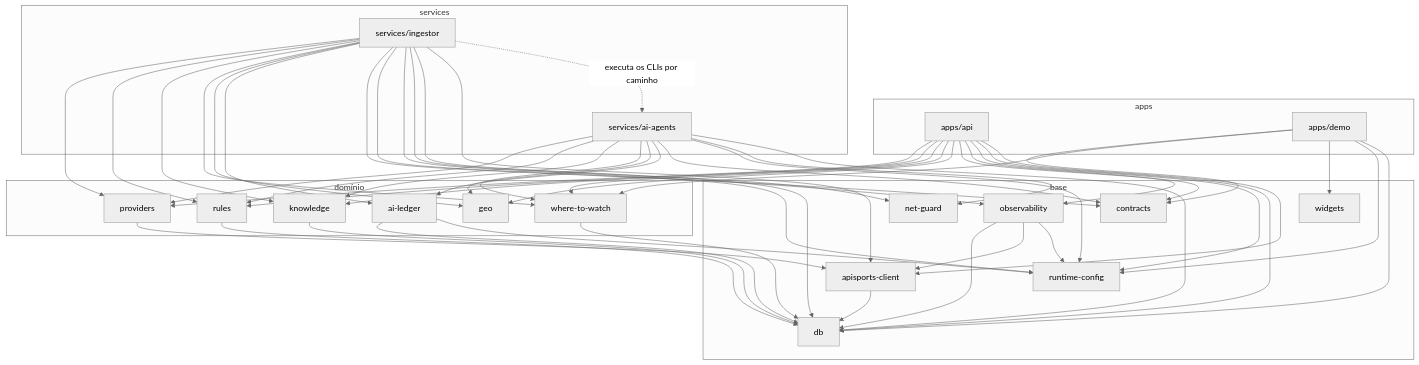
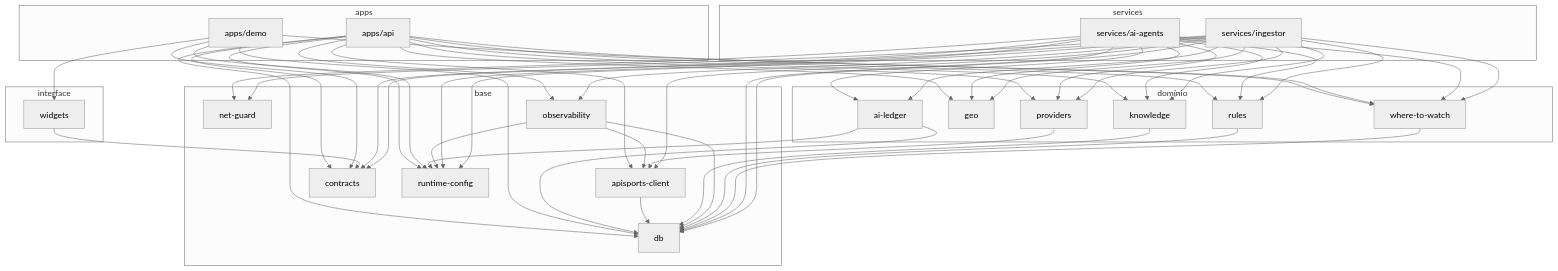
The diagram in docs/15-organizacao-do-monorepo.md (galaxie-works/galaxie-sports), drawn with Mermaid (neutral theme) before and after one commit. The commit also changed other lines of this file and 9 other files, not shown here.

````diff
--- a/docs/15-organizacao-do-monorepo.md
+++ b/docs/15-organizacao-do-monorepo.md
@@ -47,39 +57,43 @@
 ```mermaid
 flowchart TB
   subgraph apps
-    API[apps/api]
-    DEMO[apps/demo]
+    apps_api[apps/api]
+    apps_demo[apps/demo]
   end
   subgraph services
-    ING[services/ingestor]
-    AI[services/ai-agents]
+    services_ai_agents[services/ai-agents]
+    services_ingestor[services/ingestor]
   end
   subgraph domínio
-    PROV[providers]
-    RULES[rules]
-    KNOW[knowledge]
-    WTW[where-to-watch]
-    GEO[geo]
-    LEDGER[ai-ledger]
+    packages_ai_ledger[ai-ledger]
+    packages_geo[geo]
+    packages_knowledge[knowledge]
+    packages_providers[providers]
+    packages_rules[rules]
+    packages_where_to_watch[where-to-watch]
   end
   subgraph base
-    DB[db]
-    APIS[apisports-client]
-    CONTR[contracts]
-    RC[runtime-config]
-    OBS[observability]
-    NET[net-guard]
-    WID[widgets]
+    packages_apisports_client[apisports-client]
+    packages_contracts[contracts]
+    packages_db[db]
+    packages_net_guard[net-guard]
+    packages_observability[observability]
+    packages_runtime_config[runtime-config]
+  end
+  subgraph interface
+    packages_widgets[widgets]
   end
 
-  API --> PROV & RULES & KNOW & WTW & GEO & CONTR & OBS & RC & DB & APIS
-  DEMO --> CONTR & WTW & WID & RC & DB
-  ING --> PROV & RULES & KNOW & WTW & GEO & LEDGER & CONTR & OBS & RC & NET & DB & APIS
-  AI --> PROV & RULES & KNOW & WTW & GEO & LEDGER & CONTR & RC & NET & DB
-  ING -. executa os CLIs por caminho .-> AI
-  PROV --> APIS
-  APIS --> DB
-  RULES & KNOW & WTW --> DB
-  LEDGER --> DB & RC
-  OBS --> DB & APIS & RC
+  apps_api --> packages_apisports_client & packages_contracts & packages_db & packages_geo & packages_knowledge & packages_observability & packages_providers & packages_rules & packages_runtime_config & packages_where_to_watch
+  apps_demo --> packages_contracts & packages_db & packages_runtime_config & packages_where_to_watch & packages_widgets
+  packages_ai_ledger --> packages_db & packages_runtime_config
+  packages_apisports_client --> packages_db
+  packages_knowledge --> packages_db
+  packages_observability --> packages_apisports_client & packages_db & packages_runtime_config
+  packages_providers --> packages_apisports_client
+  packages_rules --> packages_db
+  packages_where_to_watch --> packages_db
+  packages_widgets --> packages_contracts
+  services_ai_agents --> packages_ai_ledger & packages_contracts & packages_db & packages_geo & packages_knowledge & packages_net_guard & packages_providers & packages_rules & packages_runtime_config & packages_where_to_watch
+  services_ingestor --> packages_ai_ledger & packages_apisports_client & packages_contracts & packages_db & packages_geo & packages_knowledge & packages_net_guard & packages_observability & packages_providers & packages_rules & packages_runtime_config & packages_where_to_watch
 ```
````
